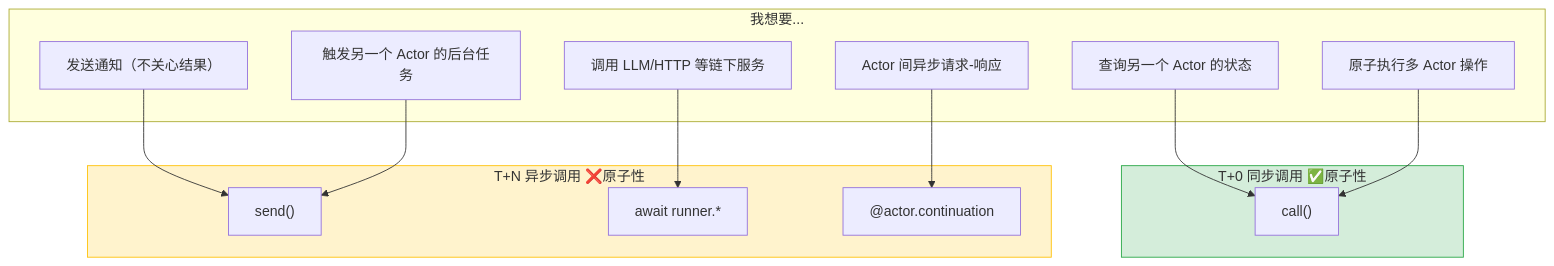
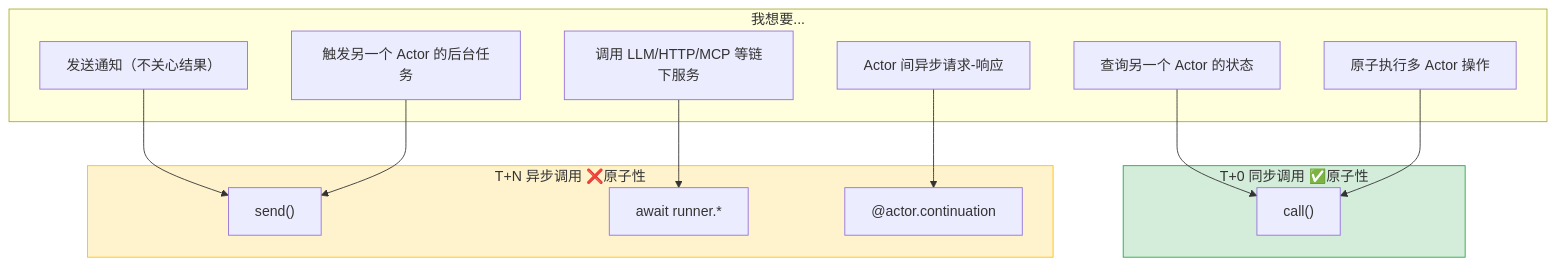
One commit to shawhanken/refs changed the second of 3 diagrams in whitepaper/Cowboy_An_Actor-Model_Layer1 with Verifiable_Off-Chain_Compute(Sugguestion-SDK Ergonomics)_v2.md. Above: the diagram before and after it, drawn with Mermaid. The commit also changed other lines of this file and 15 other files, not shown here.

````diff
--- a/whitepaper/Cowboy_An_Actor-Model_Layer1 with Verifiable_Off-Chain_Compute(Sugguestion-SDK Ergonomics)_v2.md
+++ b/whitepaper/Cowboy_An_Actor-Model_Layer1 with Verifiable_Off-Chain_Compute(Sugguestion-SDK Ergonomics)_v2.md
@@ -809,31 +809,31 @@
 ```mermaid
 flowchart TD
     subgraph 需求["我想要..."]
         Q1["查询另一个 Actor 的状态"]
         Q2["原子执行多 Actor 操作"]
         Q3["发送通知（不关心结果）"]
         Q4["触发另一个 Actor 的后台任务"]
-        Q5["调用 LLM/HTTP 等链下服务"]
+        Q5["调用 LLM/HTTP/MCP 等链下服务"]
         Q6["Actor 间异步请求-响应"]
     end
 
     subgraph 同步["T+0 同步调用 ✅原子性"]
         CALL["call()"]
     end
 
     subgraph 异步["T+N 异步调用 ❌原子性"]
         SEND["send()"]
         RUNNER["await runner.*"]
         ACTOR_CONT["@actor.continuation"]
     end
 
     Q1 --> CALL
     Q2 --> CALL
     Q3 --> SEND
     Q4 --> SEND
     Q5 --> RUNNER
     Q6 --> ACTOR_CONT
 
     style 同步 fill:#d4edda,stroke:#28a745
     style 异步 fill:#fff3cd,stroke:#ffc107
 ```
````
